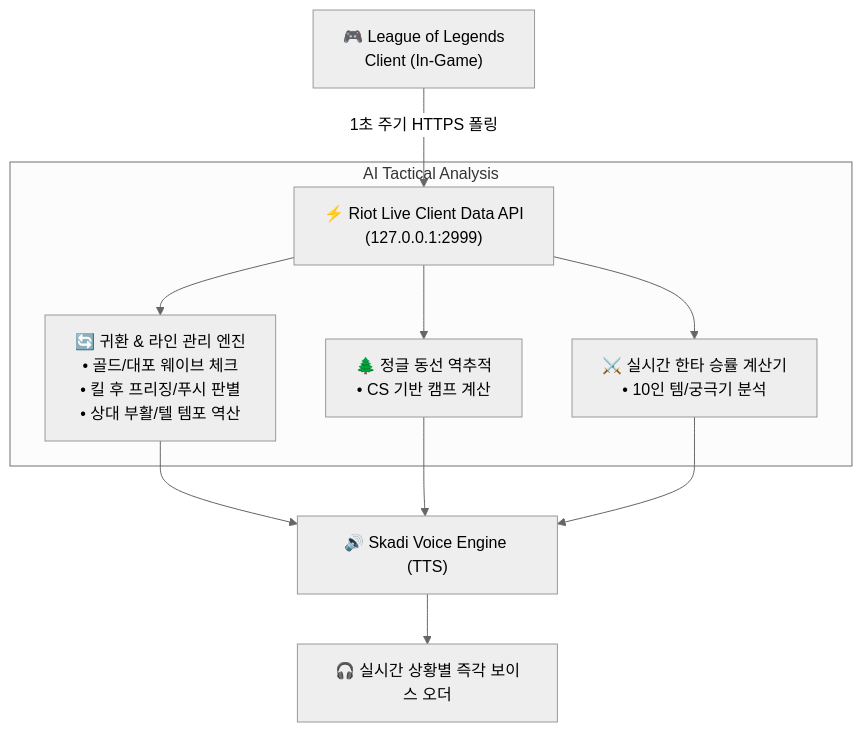
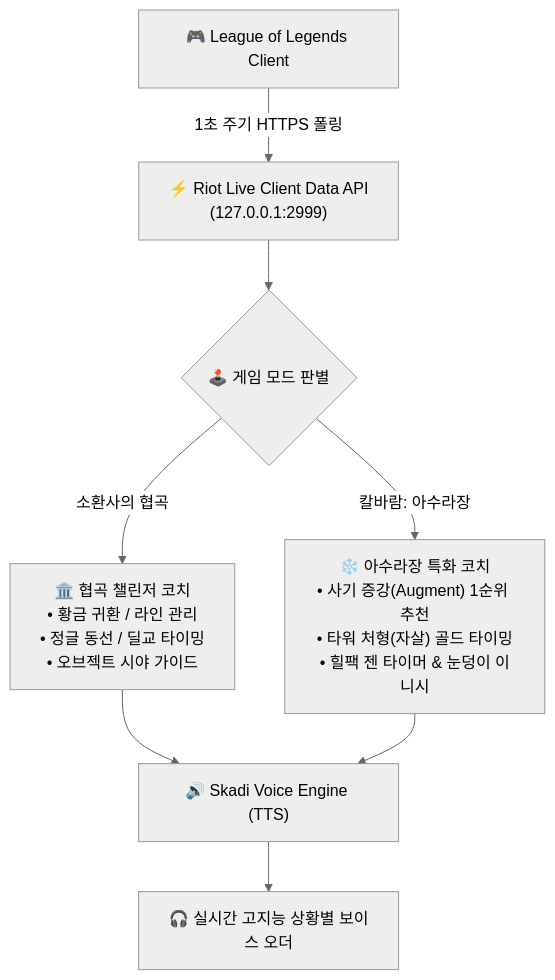
Before and after one commit to BKH-sss/portal-hub: the diagram in docs/LOL_AI_COACH_SPEC.md, drawn with Mermaid (neutral theme). The commit also changed other lines of this file, not shown here.

Commit message:
docs: 롤 소환사의 협곡 딜교/시야 가이드 및 칼바람 나락: 아수라장(ARAM Mayhem) 전용 AI 코치 기획 추가

````diff
--- a/docs/LOL_AI_COACH_SPEC.md
+++ b/docs/LOL_AI_COACH_SPEC.md
@@ -79,15 +116,14 @@
 ```mermaid
 flowchart TD
-    A["🎮 League of Legends<br>Client (In-Game)"] -->|1초 주기 HTTPS 폴링| B["⚡ Riot Live Client Data API<br>(127.0.0.1:2999)"]
+    A["🎮 League of Legends Client"] -->|1초 주기 HTTPS 폴링| B["⚡ Riot Live Client Data API<br>(127.0.0.1:2999)"]
     
-    subgraph AI Tactical Analysis
-        B --> C["🔄 귀환 & 라인 관리 엔진<br>• 골드/대포 웨이브 체크<br>• 킬 후 프리징/푸시 판별<br>• 상대 부활/텔 템포 역산"]
-        B --> D["🌲 정글 동선 역추적<br>• CS 기반 캠프 계산"]
-        B --> E["⚔️ 실시간 한타 승률 계산기<br>• 10인 템/궁극기 분석"]
-    end
-
-    C --> F["🔊 Skadi Voice Engine (TTS)"]
-    D --> F
+    B --> C{"🕹️ 게임 모드 판별"}
+    
+    C -- "소환사의 협곡" --> D["🏛️ 협곡 챌린저 코치<br>• 황금 귀환 / 라인 관리<br>• 정글 동선 / 딜교 타이밍<br>• 오브젝트 시야 가이드"]
+    
+    C -- "칼바람: 아수라장" --> E["❄️ 아수라장 특화 코치<br>• 사기 증강(Augment) 1순위 추천<br>• 타워 처형(자살) 골드 타이밍<br>• 힐팩 젠 타이머 & 눈덩이 이니시"]
+    
+    D --> F["🔊 Skadi Voice Engine (TTS)"]
     E --> F
-    F --> G["🎧 실시간 상황별 즉각 보이스 오더"]
+    F --> G["🎧 실시간 고지능 상황별 보이스 오더"]
 ```
````
